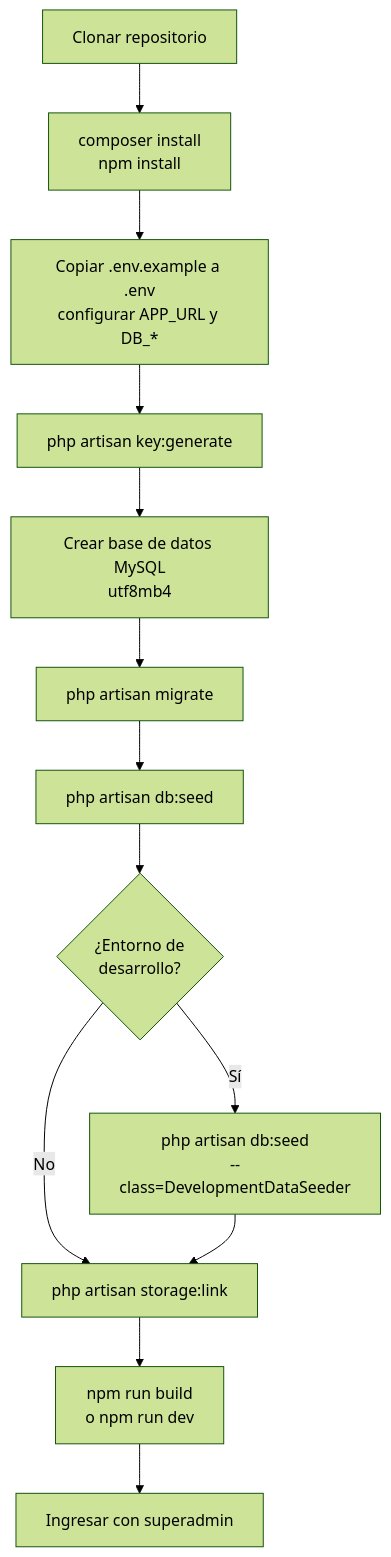
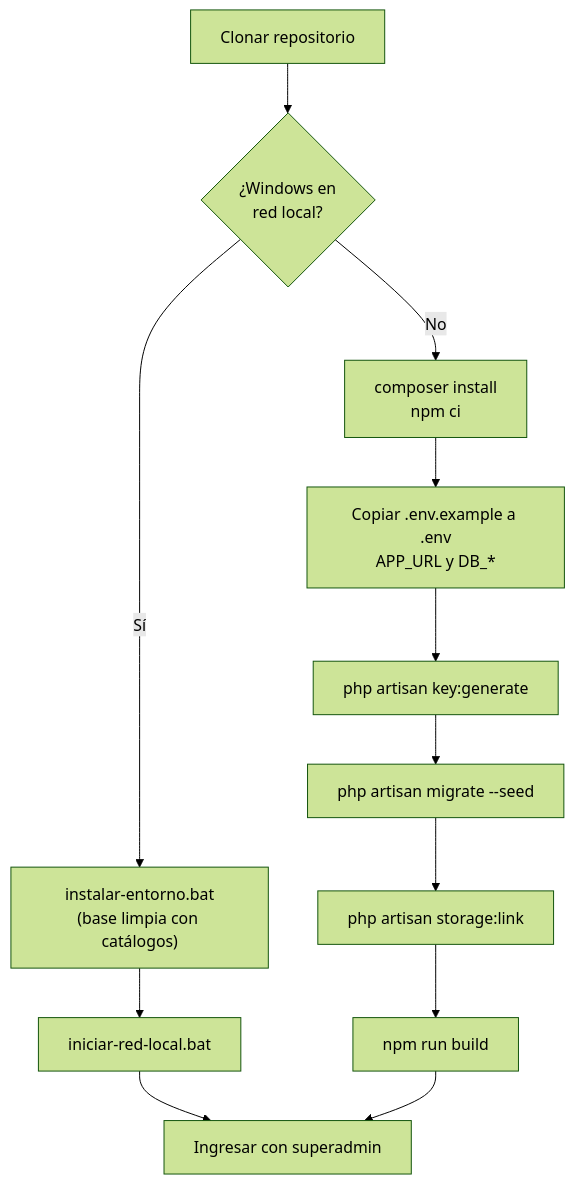
One commit to soujamt/cepre-unu changed the second of 11 diagrams in FLUJO_PROCESOS_CEPRE.md. Above: the diagram before and after it, drawn with Mermaid (forest theme). The commit also changed other lines of this file, not shown here.

````diff
--- a/FLUJO_PROCESOS_CEPRE.md
+++ b/FLUJO_PROCESOS_CEPRE.md
@@ -59,15 +64,14 @@
 ```mermaid
 flowchart TD
-    A[Clonar repositorio] --> B["composer install<br/>npm install"]
-    B --> C["Copiar .env.example a .env<br/>configurar APP_URL y DB_*"]
-    C --> D[php artisan key:generate]
-    D --> E["Crear base de datos MySQL<br/>utf8mb4"]
-    E --> F[php artisan migrate]
-    F --> G[php artisan db:seed]
-    G --> H{"¿Entorno de<br/>desarrollo?"}
-    H -- Sí --> I["php artisan db:seed<br/>--class=DevelopmentDataSeeder"]
-    H -- No --> J
-    I --> J[php artisan storage:link]
-    J --> K["npm run build<br/>o npm run dev"]
-    K --> L["Ingresar con superadmin"]
+    A[Clonar repositorio] --> B{"¿Windows en<br/>red local?"}
+    B -- Sí --> W1["instalar-entorno.bat<br/>(base limpia con catálogos)"]
+    W1 --> W2["iniciar-red-local.bat"]
+    B -- No --> C["composer install<br/>npm ci"]
+    C --> D["Copiar .env.example a .env<br/>APP_URL y DB_*"]
+    D --> E[php artisan key:generate]
+    E --> F["php artisan migrate --seed"]
+    F --> G[php artisan storage:link]
+    G --> H[npm run build]
+    W2 --> L["Ingresar con superadmin"]
+    H --> L
 ```
````
